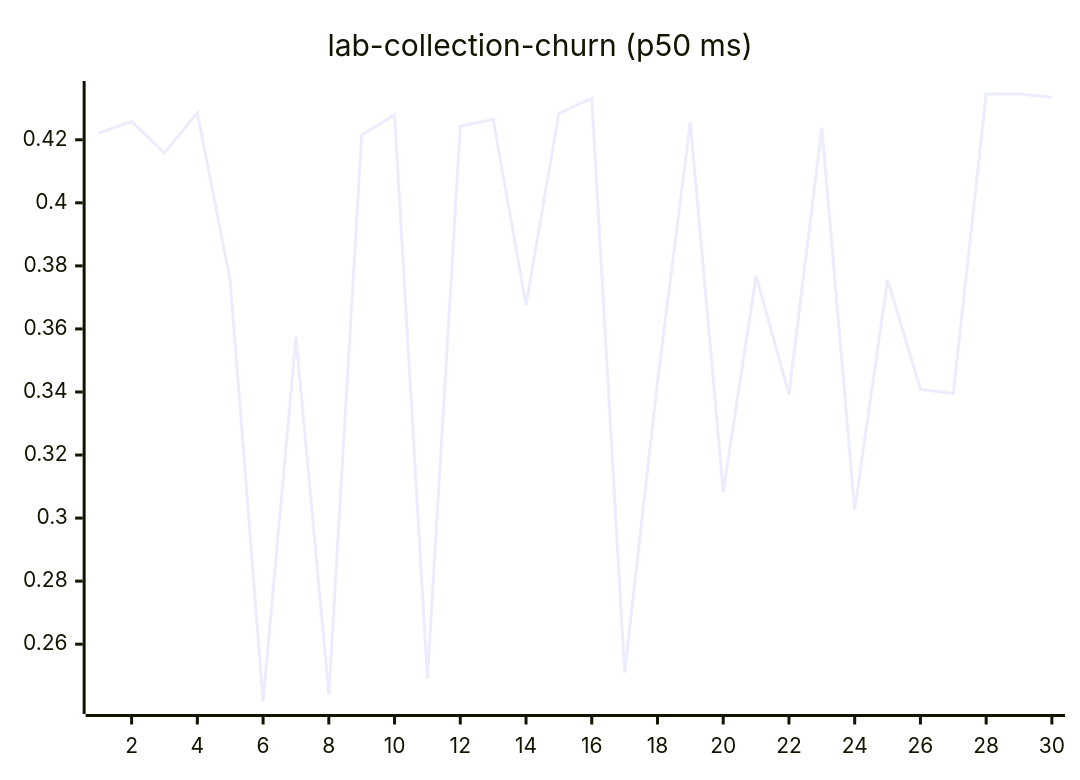
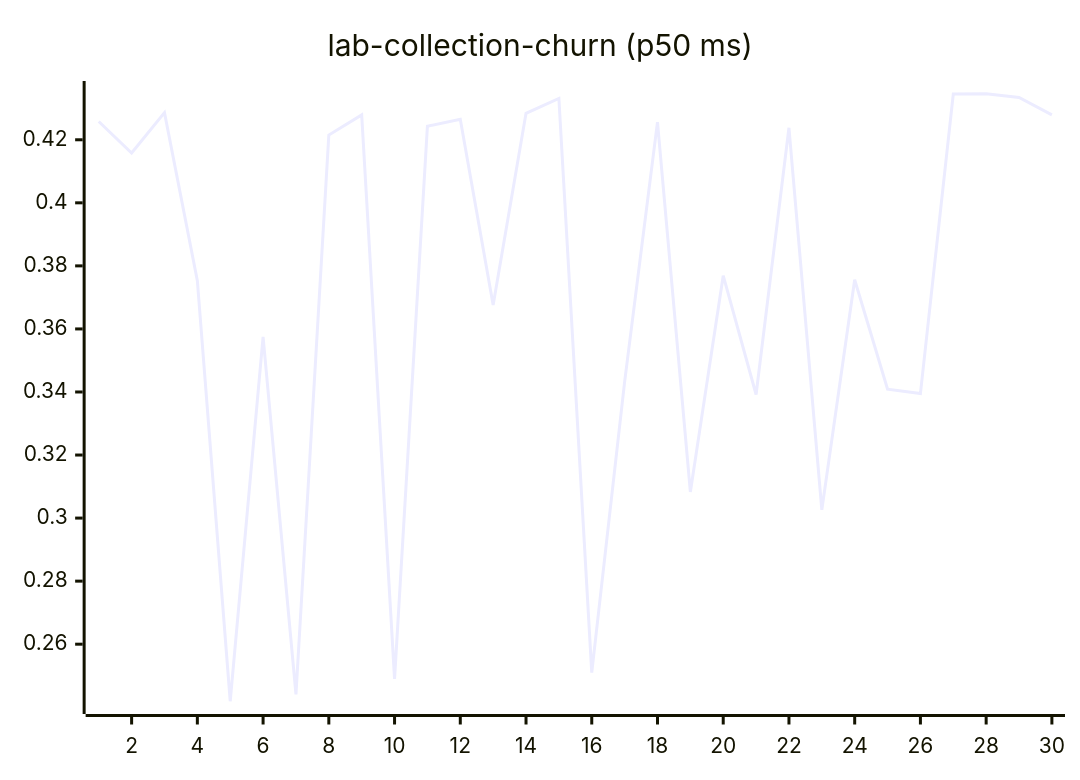
Before and after one commit to josha/Facet: diagram 11 of 27 in README.md, drawn with Mermaid. The commit also changed other lines of this file and 2 other files, not shown here.

````diff
--- a/README.md
+++ b/README.md
@@ -133,6 +133,6 @@
 ```mermaid
 xychart-beta
     title "lab-collection-churn (p50 ms)"
     x-axis 1 --> 30
-    line [0.4221, 0.4258, 0.4158, 0.4286, 0.3753, 0.2419, 0.3575, 0.2441, 0.4215, 0.4279, 0.2490, 0.4243, 0.4265, 0.3676, 0.4284, 0.4331, 0.2510, 0.3432, 0.4256, 0.3083, 0.3769, 0.3392, 0.4238, 0.3026, 0.3756, 0.3409, 0.3395, 0.4345, 0.4346, 0.4334]
+    line [0.4258, 0.4158, 0.4286, 0.3753, 0.2419, 0.3575, 0.2441, 0.4215, 0.4279, 0.2490, 0.4243, 0.4265, 0.3676, 0.4284, 0.4331, 0.2510, 0.3432, 0.4256, 0.3083, 0.3769, 0.3392, 0.4238, 0.3026, 0.3756, 0.3409, 0.3395, 0.4345, 0.4346, 0.4334, 0.4279]
 ```
````
